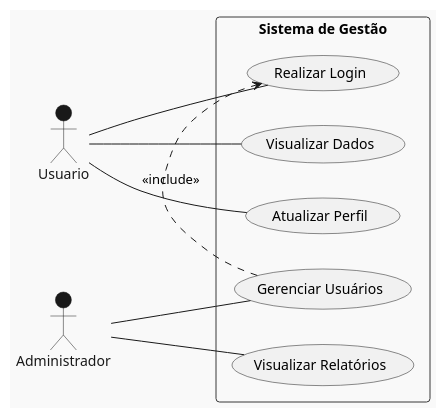
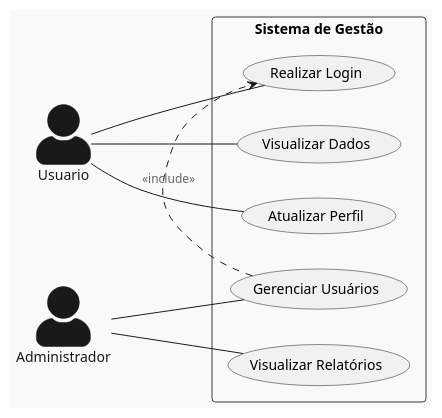
Before and after one commit to samoryfiotec/C4: the diagram in CUseCases/UseCase.puml, drawn with PlantUML. The commit also changed 10 other files, not shown here.

First line of the commit message:
feat: Add email sending use case and related diagrams

```diff
--- a/CUseCases/UseCase.puml
+++ b/CUseCases/UseCase.puml
@@ -1,17 +1,18 @@
-@startuml
+@startuml UseCase
+!include https://raw.githubusercontent.com/plantuml-stdlib/C4-PlantUML/master/C4.puml
 !theme mars
 left to right direction
 
 actor Usuario
 actor Administrador
 
 rectangle "Sistema de Gestão" {
     Usuario -- (Realizar Login)
     Usuario -- (Visualizar Dados)
     Usuario -- (Atualizar Perfil)
     Administrador -- (Gerenciar Usuários)
     Administrador -- (Visualizar Relatórios)
     (Gerenciar Usuários) .> (Realizar Login) : <<include>>
 }
 
 @enduml
```
